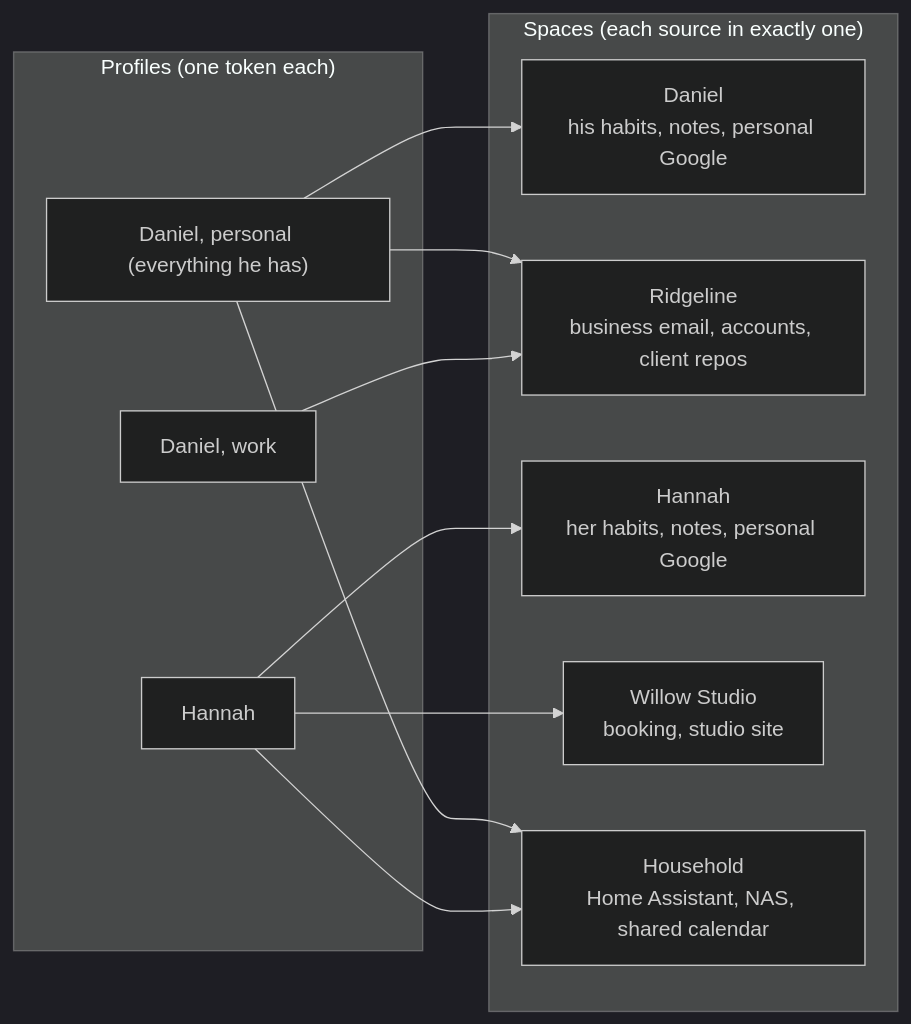
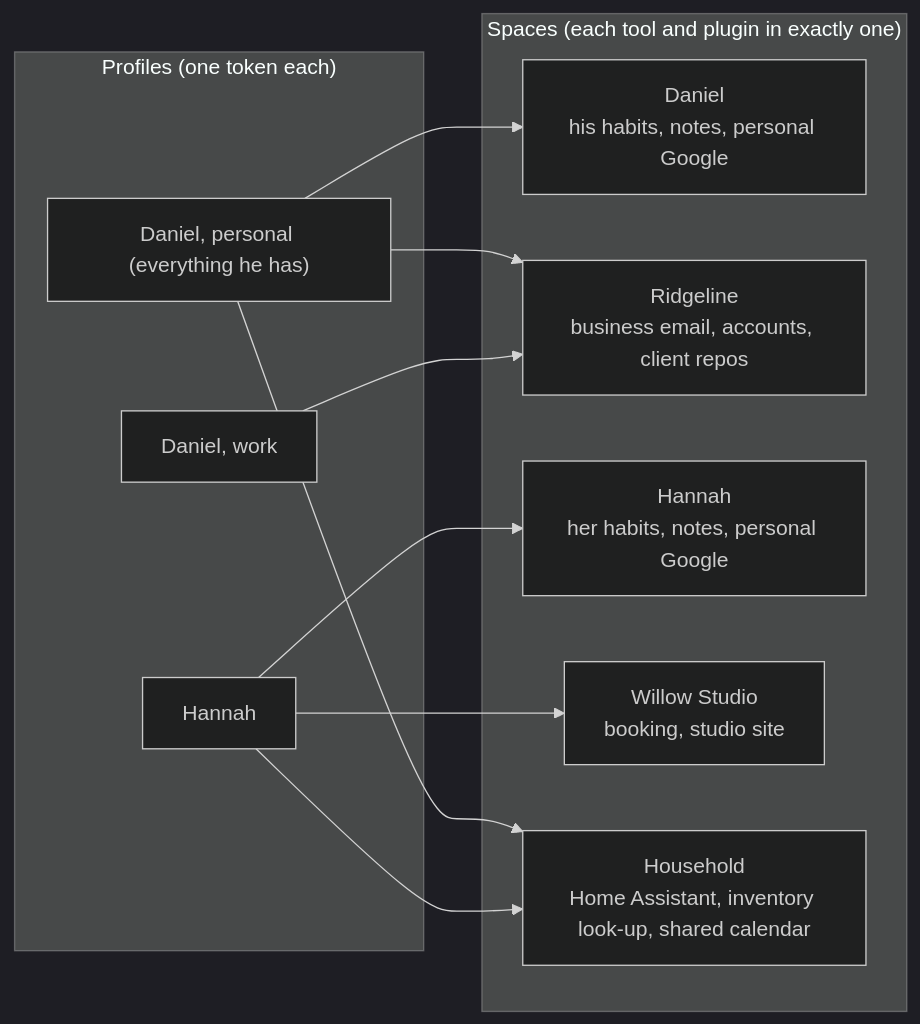
Before and after one commit to danielrosehill/Canopy: the diagram in docs/spaces.md, drawn with Mermaid (dark theme). The commit also changed other lines of this file and 10 other files, not shown here.

````diff
--- a/docs/spaces.md
+++ b/docs/spaces.md
@@ -43,22 +47,22 @@
 ```mermaid
 flowchart LR
     subgraph profiles["Profiles (one token each)"]
         dp["Daniel, personal (everything he has)"]
         dw["Daniel, work"]
         hp["Hannah"]
     end
-    subgraph spaces["Spaces (each source in exactly one)"]
+    subgraph spaces["Spaces (each tool and plugin in exactly one)"]
         d["Daniel<br/>his habits, notes, personal Google"]
         r["Ridgeline<br/>business email, accounts, client repos"]
         h["Hannah<br/>her habits, notes, personal Google"]
         w["Willow Studio<br/>booking, studio site"]
-        home["Household<br/>Home Assistant, NAS, shared calendar"]
+        home["Household<br/>Home Assistant, inventory look-up, shared calendar"]
     end
     dp --> d
     dp --> r
     dp --> home
     dw --> r
     hp --> h
     hp --> w
     hp --> home
 ```
````
